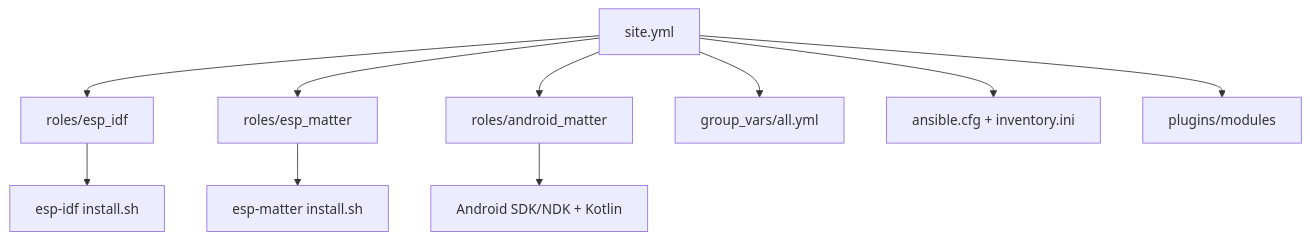
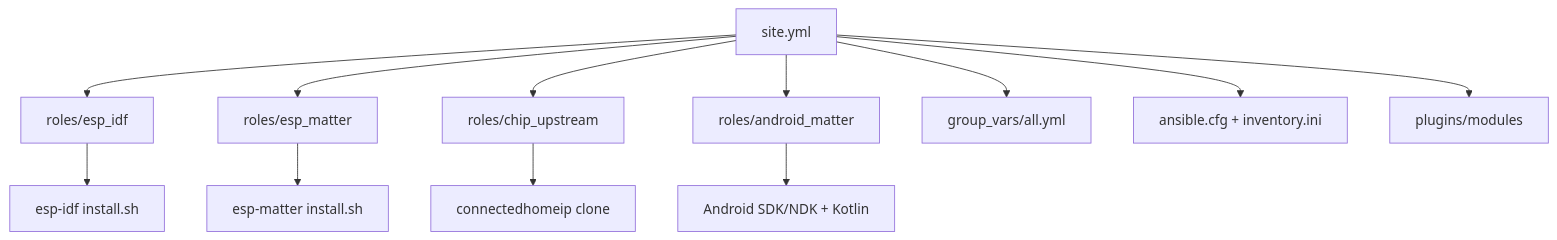
Before and after one commit to matterizelabs/ansible-matter-setup: the diagram in README.md, drawn with Mermaid. The commit also changed other lines of this file and 12 other files, not shown here.

Commit message:
add upstream connectedhomeip and dynamic android deps

````diff
--- a/README.md
+++ b/README.md
@@ -5,12 +5,14 @@
 ```mermaid
 flowchart TD
   A[site.yml] --> B[roles/esp_idf]
   A --> C[roles/esp_matter]
-  A --> D[roles/android_matter]
-  B --> E[esp-idf install.sh]
-  C --> F[esp-matter install.sh]
-  D --> G[Android SDK/NDK + Kotlin]
-  A --> H[group_vars/all.yml]
-  A --> I[ansible.cfg + inventory.ini]
-  A --> J[plugins/modules]
+  A --> D[roles/chip_upstream]
+  A --> E[roles/android_matter]
+  B --> F[esp-idf install.sh]
+  C --> G[esp-matter install.sh]
+  D --> H[connectedhomeip clone]
+  E --> I[Android SDK/NDK + Kotlin]
+  A --> J[group_vars/all.yml]
+  A --> K[ansible.cfg + inventory.ini]
+  A --> L[plugins/modules]
 ```
````
